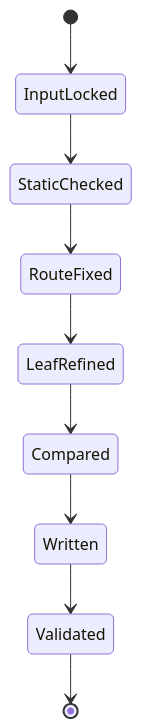
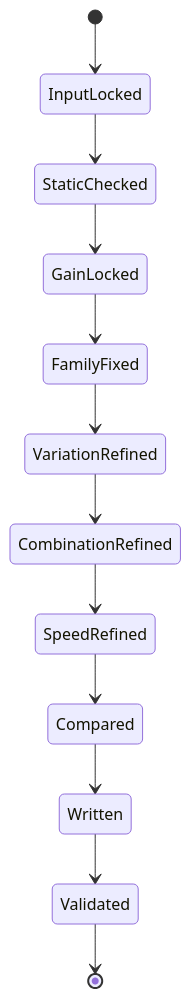
One commit to ZEN-VOID/AI-CUT changed the third of 3 diagrams in .agents/skills/aigc/3-Detail/2-镜花/3-运镜手法/SKILL.md. Above: the diagram before and after it, drawn with Mermaid. The commit also changed other lines of this file and 291 other files, not shown here.

````diff
--- a/.agents/skills/aigc/3-Detail/2-镜花/3-运镜手法/SKILL.md
+++ b/.agents/skills/aigc/3-Detail/2-镜花/3-运镜手法/SKILL.md
@@ -70,11 +83,14 @@
 ```mermaid
 stateDiagram-v2
     [*] --> InputLocked
     InputLocked --> StaticChecked
-    StaticChecked --> RouteFixed
-    RouteFixed --> LeafRefined
-    LeafRefined --> Compared
+    StaticChecked --> GainLocked
+    GainLocked --> FamilyFixed
+    FamilyFixed --> VariationRefined
+    VariationRefined --> CombinationRefined
+    CombinationRefined --> SpeedRefined
+    SpeedRefined --> Compared
     Compared --> Written
     Written --> Validated
     Validated --> [*]
 ```
````
